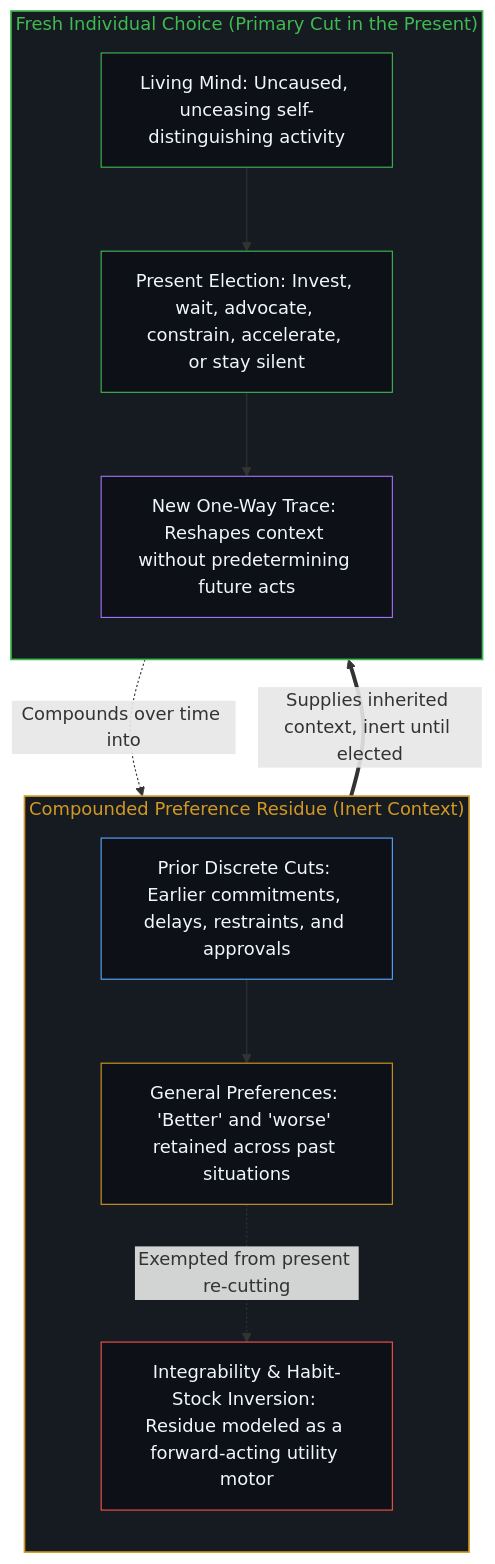
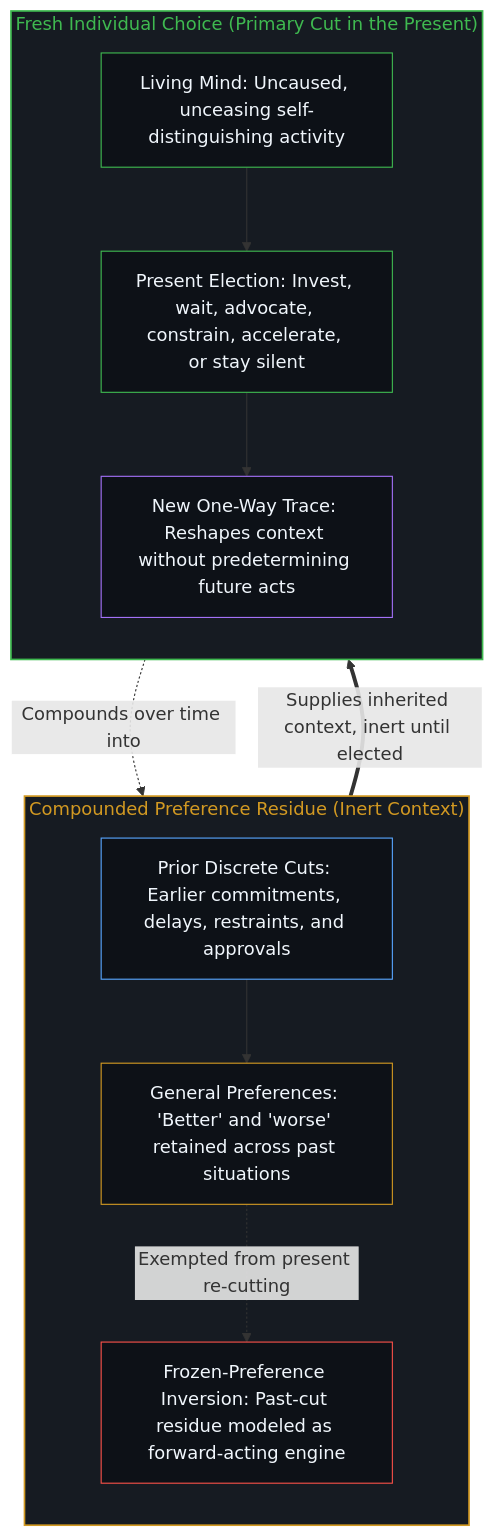
Before and after one commit to powerpig99/not-a-toe: the fourth of 4 diagrams in content/posts/apparent-regulation-and-the-primacy-of-choice.md, drawn with Mermaid. The commit also changed other lines of this file and 24 other files, not shown here.

````diff
--- a/content/posts/apparent-regulation-and-the-primacy-of-choice.md
+++ b/content/posts/apparent-regulation-and-the-primacy-of-choice.md
@@ -132,28 +132,28 @@
 ```mermaid
 flowchart TD
     subgraph S_Inert["Compounded Preference Residue (Inert Context)"]
         direction TB
         I_Past["Prior Discrete Cuts: Earlier commitments, delays, restraints, and approvals"]
         I_Pref["General Preferences: 'Better' and 'worse' retained across past situations"]
-        I_Freeze["Integrability & Habit-Stock Inversion: Residue modeled as a forward-acting utility motor"]
+        I_Freeze["Frozen-Preference Inversion: Past-cut residue modeled as forward-acting engine"]
         I_Past --> I_Pref
         I_Pref -.->|"Exempted from present re-cutting"| I_Freeze
     end
     subgraph S_Cut["Fresh Individual Choice (Primary Cut in the Present)"]
         direction TB
         C_Mind["Living Mind: Uncaused, unceasing self-distinguishing activity"]
         C_Elect["Present Election: Invest, wait, advocate, constrain, accelerate, or stay silent"]
         C_Trace["New One-Way Trace: Reshapes context without predetermining future acts"]
         C_Mind --> C_Elect --> C_Trace
     end
     I_Pref ==>|"Supplies inherited context, inert until elected"| C_Mind
     C_Trace -.->|"Compounds over time into"| I_Past
     style S_Inert fill:#161b22,stroke:#d29922,stroke-width:1.5px,color:#d29922
     style S_Cut fill:#161b22,stroke:#3fb950,stroke-width:1.5px,color:#3fb950
     style I_Past fill:#0d1117,stroke:#58a6ff,stroke-width:1px,color:#f0f6fc
     style I_Pref fill:#0d1117,stroke:#d29922,stroke-width:1px,color:#f0f6fc
     style I_Freeze fill:#0d1117,stroke:#f85149,stroke-width:1px,color:#f0f6fc
     style C_Mind fill:#0d1117,stroke:#3fb950,stroke-width:1px,color:#f0f6fc
     style C_Elect fill:#0d1117,stroke:#3fb950,stroke-width:1px,color:#f0f6fc
     style C_Trace fill:#0d1117,stroke:#a371f7,stroke-width:1px,color:#f0f6fc
 ```
````
